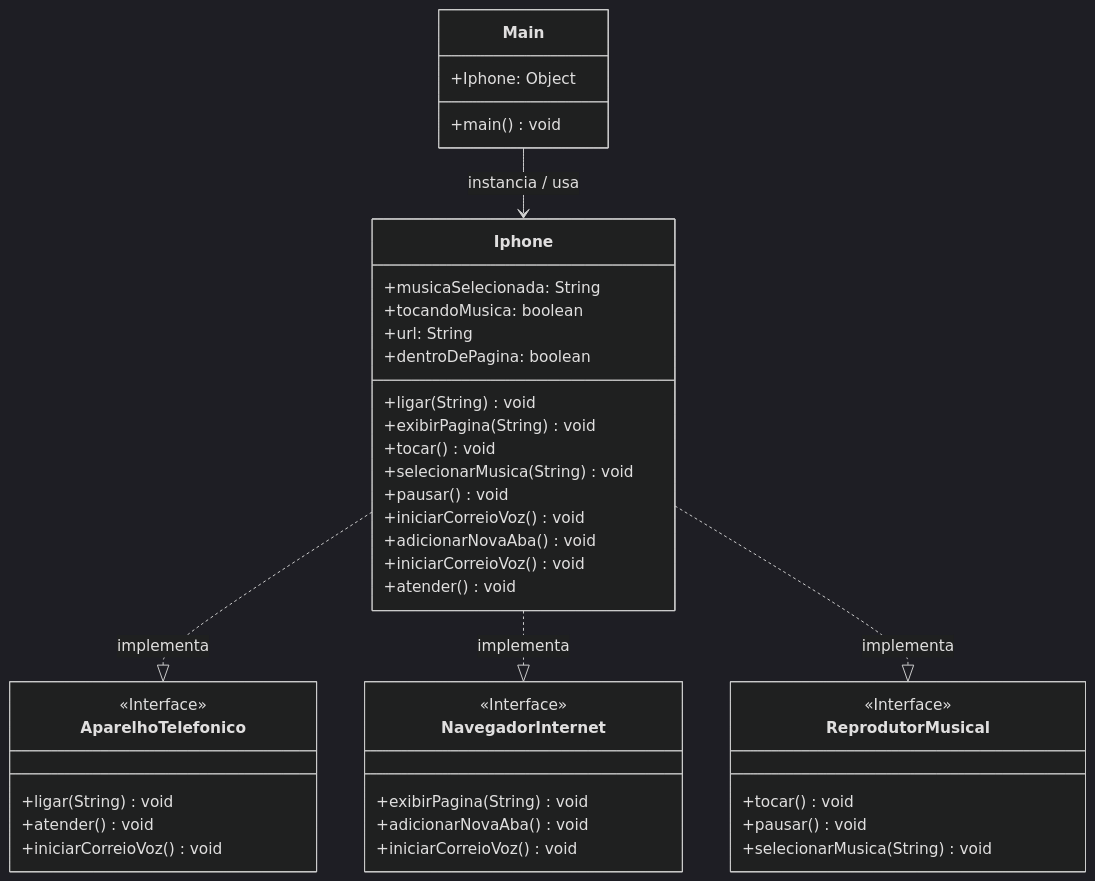
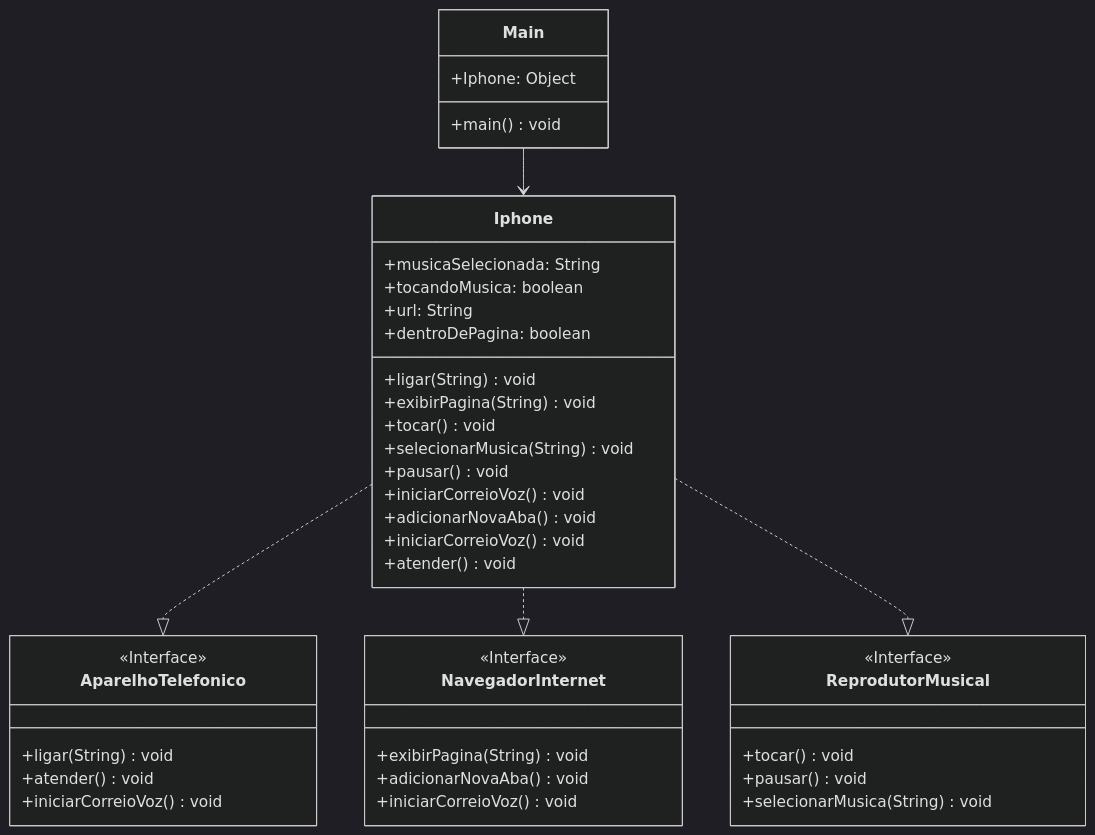
One commit to joao-silv4-dev/Santander-2024-Backend-com-Java changed the diagram in desafios-de-projeto/IphoneComUML/README.md. Above: the diagram before and after it, drawn with Mermaid (dark theme).

Commit message:
Fix(IphoneComUML/README.md) : Arrumando a sintaxe Mermaid

````diff
--- a/desafios-de-projeto/IphoneComUML/README.md
+++ b/desafios-de-projeto/IphoneComUML/README.md
@@ -16,49 +16,49 @@
 ```mermaid
 classDiagram
     class AparelhoTelefonico {
         <<Interface>>
         +ligar(String) void
         +atender() void
         +iniciarCorreioVoz() void
     }
 
     class NavegadorInternet {
         <<Interface>>
         +exibirPagina(String) void
         +adicionarNovaAba() void
         +iniciarCorreioVoz() void
     }
 
     class ReprodutorMusical {
         <<Interface>>
         +tocar() void
         +pausar() void
         +selecionarMusica(String) void
     }
 
     class Main {
         +Iphone: Object
         +main() void
     }
 
     class Iphone {
         +musicaSelecionada: String
         +tocandoMusica: boolean
         +url: String
         +dentroDePagina: boolean
         +ligar(String) void
         +exibirPagina(String) void
         +tocar() void
         +selecionarMusica(String) void
         +pausar() void
         +iniciarCorreioVoz() void
         +adicionarNovaAba() void
         +iniciarCorreioVoz() void
         +atender() void
     }
 
-    Main --> Iphone : instancia / usa
-    Iphone ..|> AparelhoTelefonico : implementa
-    Iphone ..|> NavegadorInternet : implementa
-    Iphone ..|> ReprodutorMusical : implementa
+    Main --> Iphone
+    Iphone ..|> AparelhoTelefonico
+    Iphone ..|> NavegadorInternet
+    Iphone ..|> ReprodutorMusical
 ```
````
